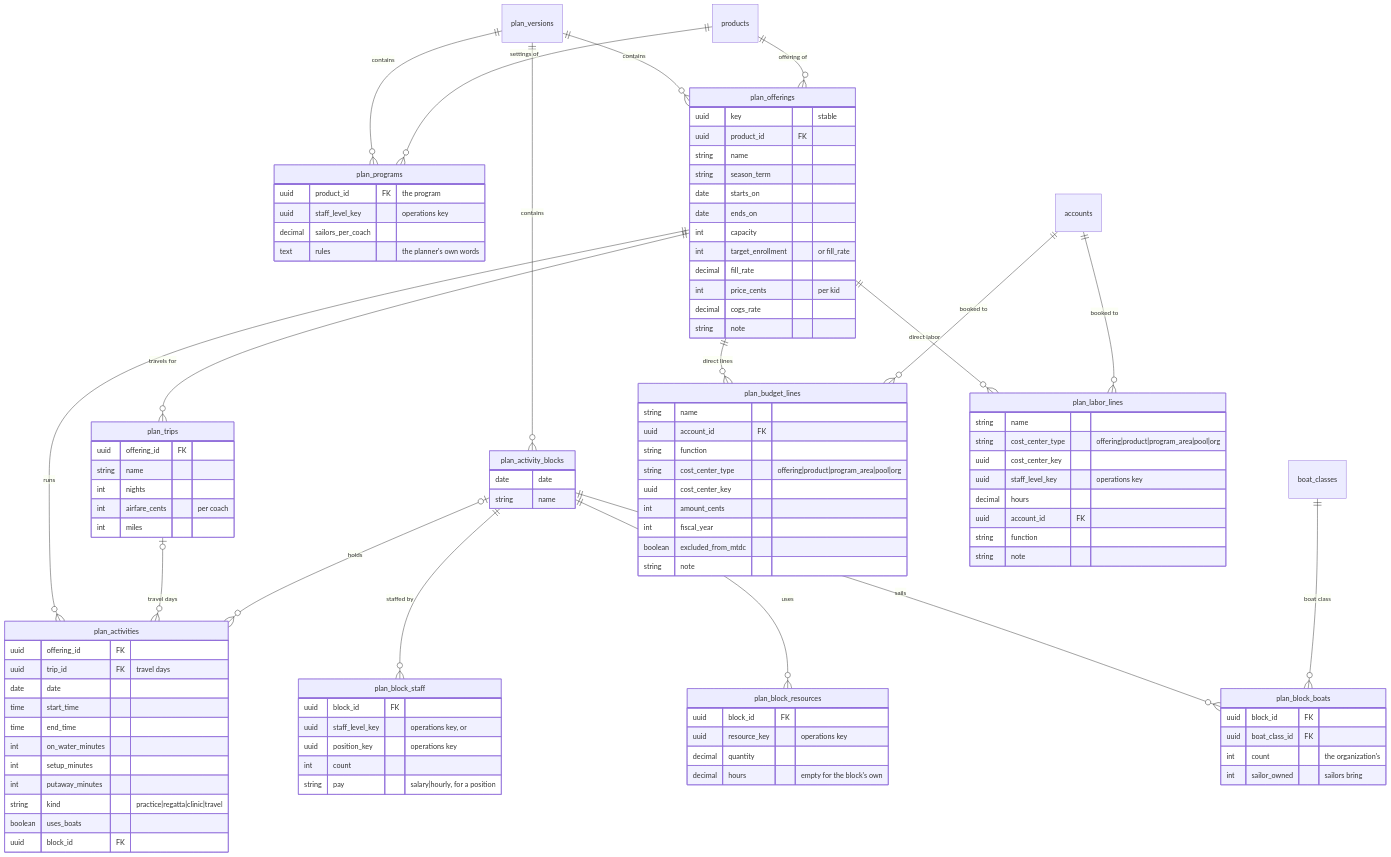
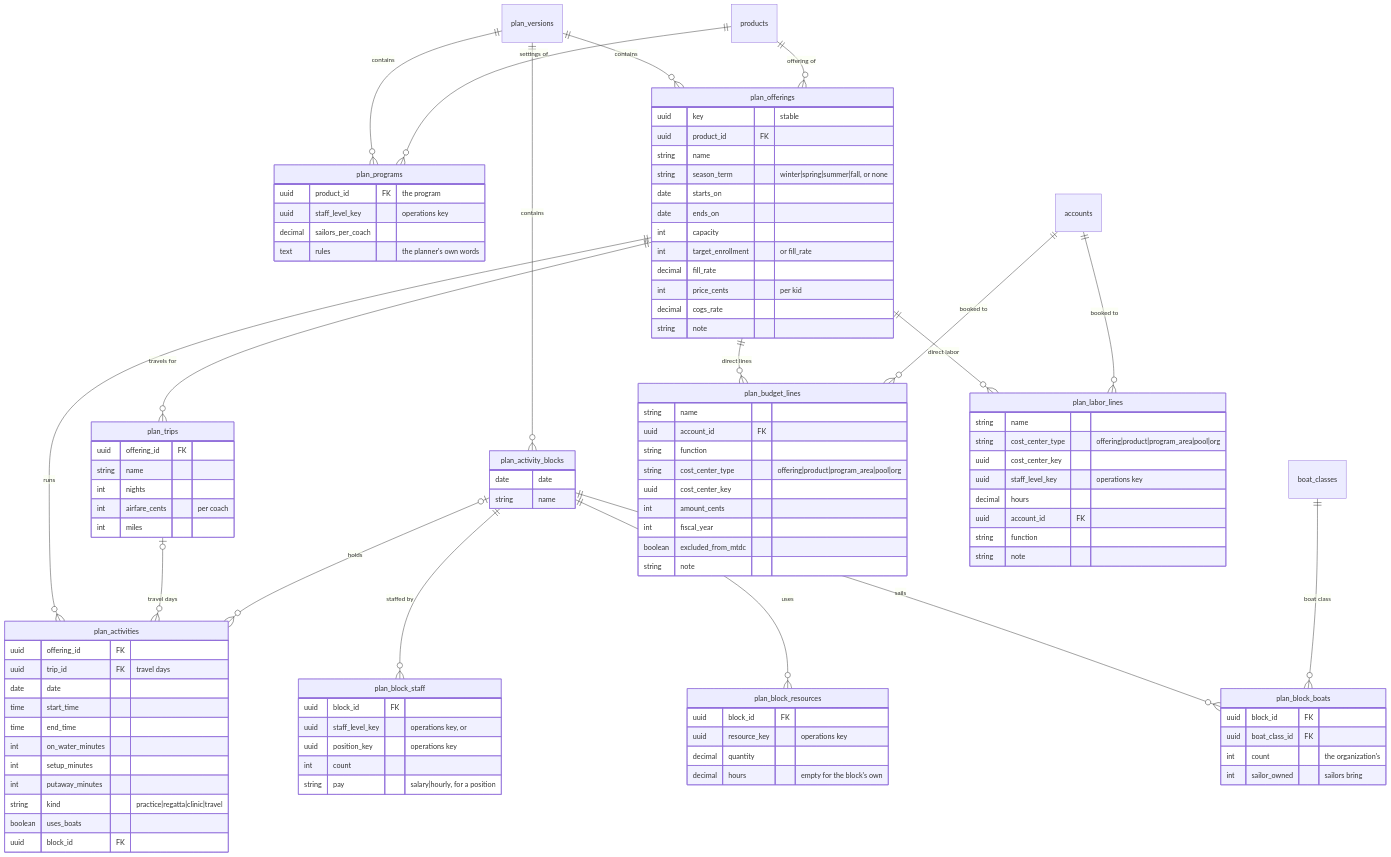
Before and after one commit to cyc-seattle/platform: the fourth of 7 diagrams in docs/planning-schema.md, drawn with Mermaid. The commit also changed other lines of this file and 10 other files, not shown here.

First line of the commit message:
feat(planning): an offering's season is winter, spring, summer, fall, or none

```diff
--- a/docs/planning-schema.md
+++ b/docs/planning-schema.md
@@ -296,7 +296,7 @@
         uuid key "stable"
         uuid product_id FK
         string name
-        string season_term
+        string season_term "winter|spring|summer|fall, or none"
         date starts_on
         date ends_on
         int capacity
```
